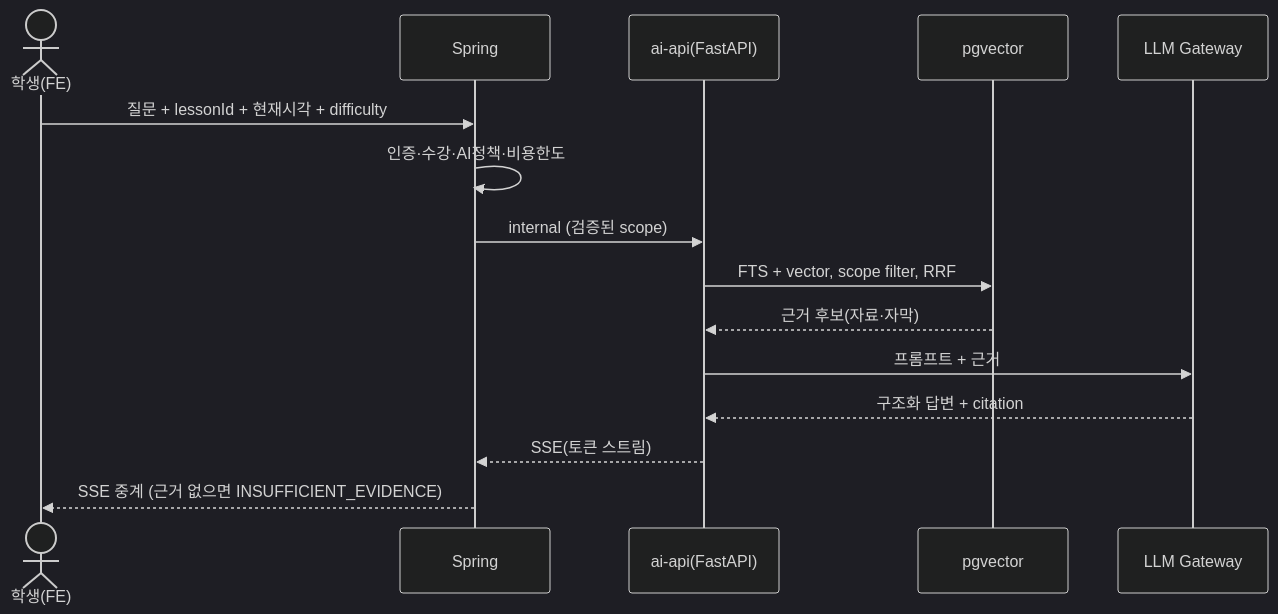
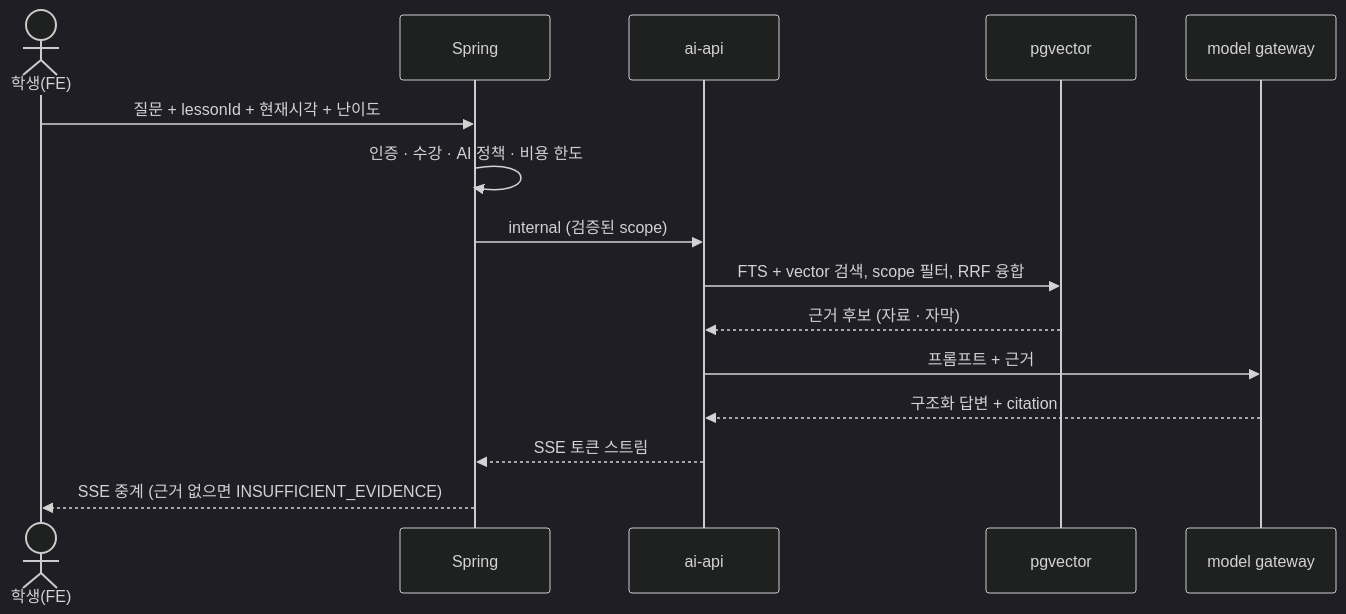
The fourth of 7 diagrams in docs/ARCHITECTURE.md (thdwjdrl401/jiphyeonjeon), drawn with Mermaid (dark theme) before and after one commit. The commit also changed other lines of this file, not shown here.

````diff
--- a/docs/ARCHITECTURE.md
+++ b/docs/ARCHITECTURE.md
@@ -104,17 +210,17 @@
 ```mermaid
 sequenceDiagram
   actor S as 학생(FE)
   participant SP as Spring
-  participant API as ai-api(FastAPI)
+  participant API as ai-api
   participant PG as pgvector
-  participant GW as LLM Gateway
-  S->>SP: 질문 + lessonId + 현재시각 + difficulty
-  SP->>SP: 인증·수강·AI정책·비용한도
+  participant GW as model gateway
+  S->>SP: 질문 + lessonId + 현재시각 + 난이도
+  SP->>SP: 인증 · 수강 · AI 정책 · 비용 한도
   SP->>API: internal (검증된 scope)
-  API->>PG: FTS + vector, scope filter, RRF
-  PG-->>API: 근거 후보(자료·자막)
+  API->>PG: FTS + vector 검색, scope 필터, RRF 융합
+  PG-->>API: 근거 후보 (자료 · 자막)
   API->>GW: 프롬프트 + 근거
   GW-->>API: 구조화 답변 + citation
-  API-->>SP: SSE(토큰 스트림)
+  API-->>SP: SSE 토큰 스트림
   SP-->>S: SSE 중계 (근거 없으면 INSUFFICIENT_EVIDENCE)
 ```
````
